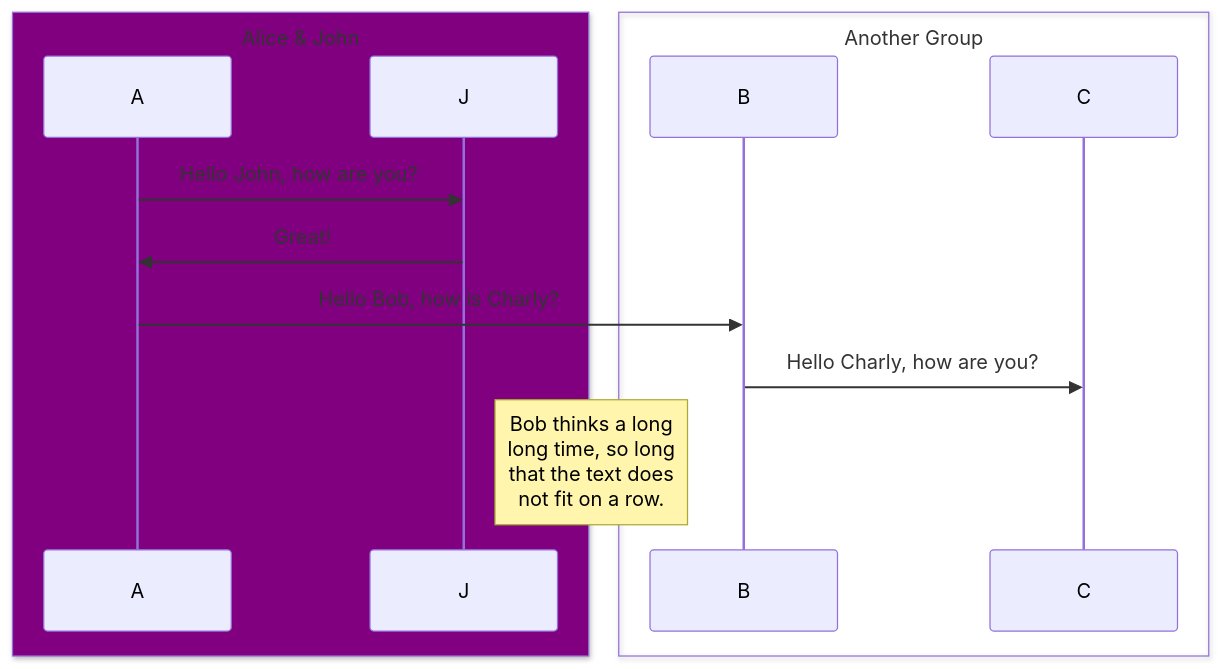
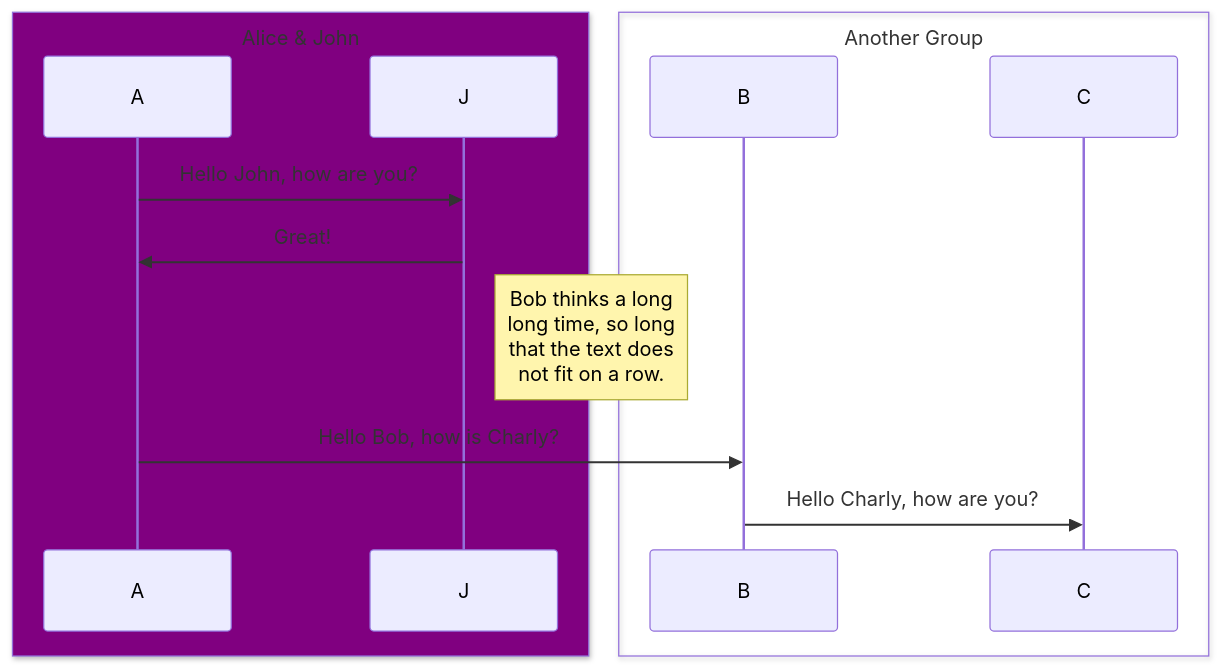
The second of 2 diagrams in tls_1.3.md (jtaverne/ovh), drawn with Mermaid before and after one commit. The commit also changed other lines of this file, not shown here.

````diff
--- a/tls_1.3.md
+++ b/tls_1.3.md
@@ -19,16 +19,16 @@
 ```mermaid
 sequenceDiagram
     box Purple Alice & John
     participant A
     participant J
     end
     box Another Group
     participant B
     participant C
     end
     A->>J: Hello John, how are you?
     J->>A: Great!
+Note right of J: Bob thinks a long<br/>long time, so long<br/>that the text does<br/>not fit on a row.
     A->>B: Hello Bob, how is Charly?
     B->>C: Hello Charly, how are you?
-Note right of J: Bob thinks a long<br/>long time, so long<br/>that the text does<br/>not fit on a row.
 ```
````
